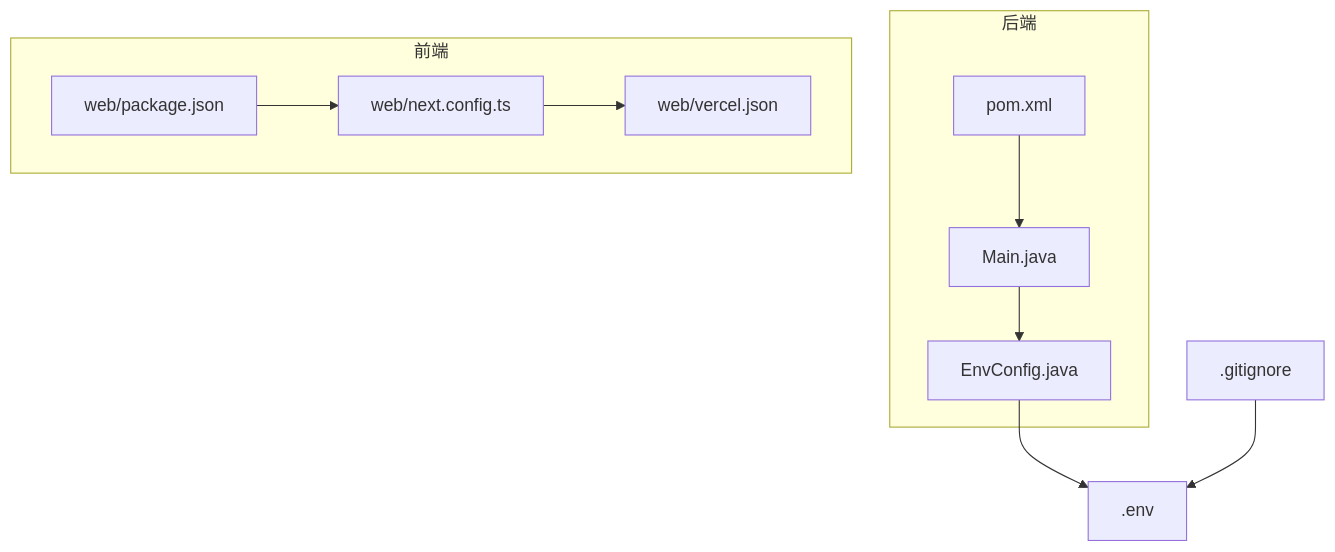
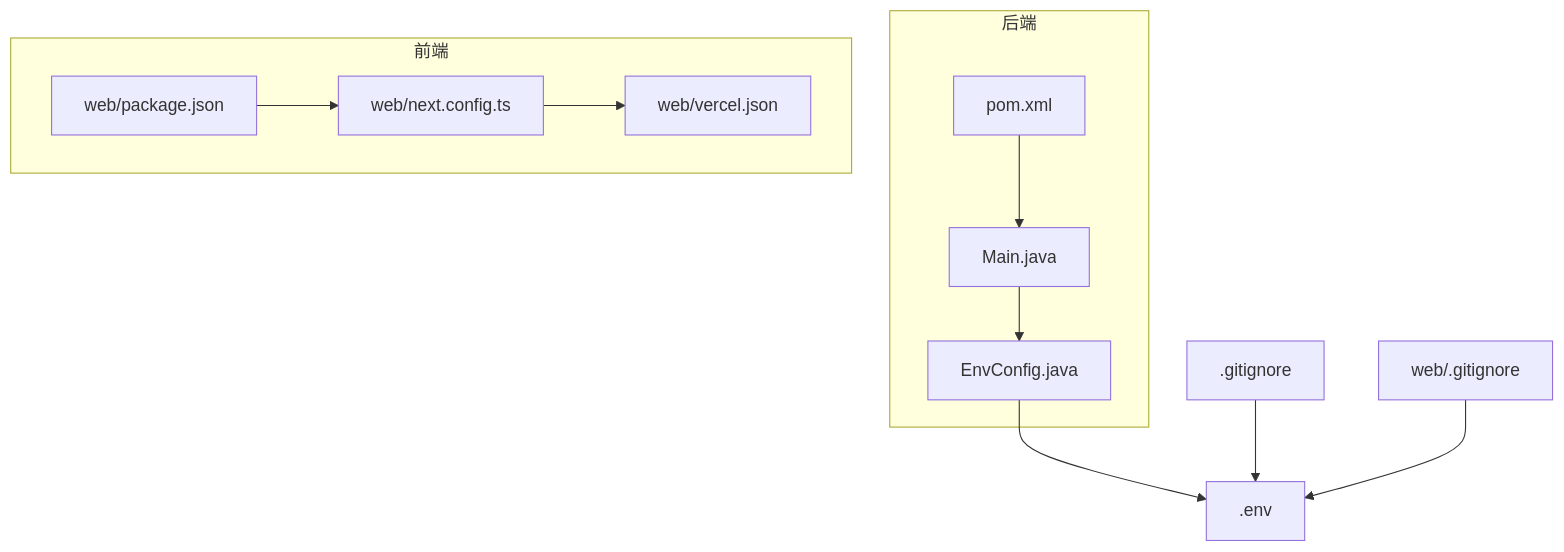
One commit to chenlds1994/learn-claude-code-java changed the first of 7 diagrams in .qoder/repowiki/zh/content/部署和配置.md. Above: the diagram before and after it, drawn with Mermaid. The commit also changed other lines of this file and 94 other files, not shown here.

````diff
--- a/.qoder/repowiki/zh/content/部署和配置.md
+++ b/.qoder/repowiki/zh/content/部署和配置.md
@@ -52,21 +61,23 @@
 ```mermaid
 graph TB
 subgraph "后端"
 A["pom.xml"]
 B["Main.java"]
 C["EnvConfig.java"]
 end
 subgraph "前端"
 D["web/package.json"]
 E["web/next.config.ts"]
 F["web/vercel.json"]
 end
 G[".env"]
 H[".gitignore"]
+I["web/.gitignore"]
 A --> B
 B --> C
 D --> E
 E --> F
 C --> G
 H --> G
+I --> G
 ```
````
